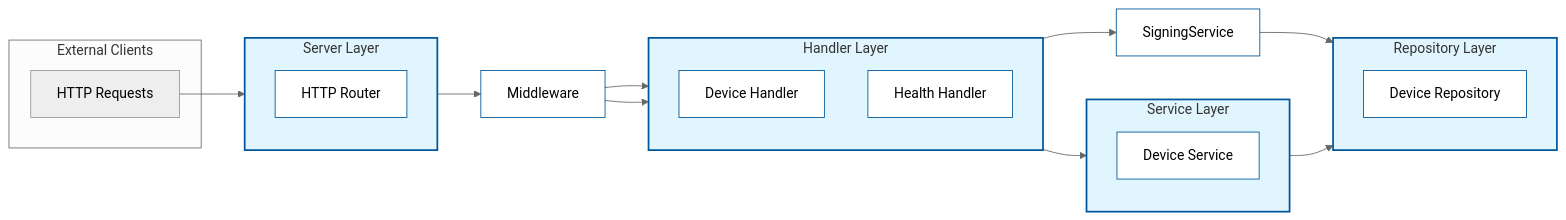
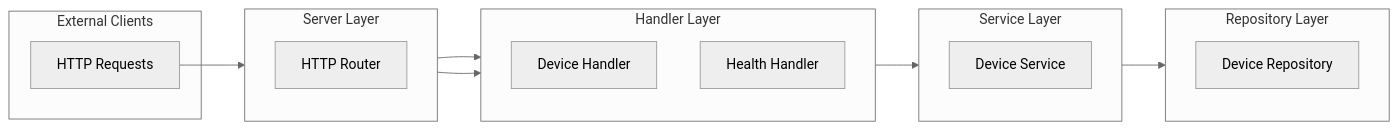
The diagram in README.md (AloveIs/signing-device-service-go), drawn with Mermaid (neutral theme) before and after one commit. The commit also changed other lines of this file and 20 other files, not shown here.

````diff
--- a/README.md
+++ b/README.md
@@ -99,50 +99,44 @@
 ```mermaid
 flowchart LR
     subgraph Client["External Clients"]
         HTTP["HTTP Requests"]
     end
 
     subgraph Server["Server Layer"]
         Router["HTTP Router"]
         direction TB
     end
 
     subgraph Handlers["Handler Layer"]
         DeviceHandler["Device Handler"]
         HealthHandler["Health Handler"]
         direction TB
     end
 
     subgraph Service["Service Layer"]
         DeviceService["Device Service"]
         direction TB
     end
 
     subgraph Repository["Repository Layer"]
         DeviceRepo["Device Repository"]
         direction TB
     end
 
     %% External connections
     HTTP --> Router
 
     %% Server layer connections
-    Router --> Middleware
-    Middleware --> DeviceHandler
-    Middleware --> HealthHandler
+    Router --> DeviceHandler
+    Router --> HealthHandler
 
     %% Handler to Service connections
     DeviceHandler --> DeviceService
-    DeviceHandler --> SigningService
 
     %% Service to Repository connections
     DeviceService --> DeviceRepo
-    SigningService --> DeviceRepo
 
-    %% Styling
-    classDef layer fill:#e1f5fe,stroke:#01579b,stroke-width:2px
-    classDef component fill:#fff,stroke:#01579b,stroke-width:1px
     
     class Server,Handlers,Service,Repository layer
-    class Router,Middleware,DeviceHandler,HealthHandler,DeviceService,SigningService,DeviceRepo component
+    class Router,DeviceHandler,HealthHandler,DeviceService,SigningService,DeviceRepo component
 ```
````
